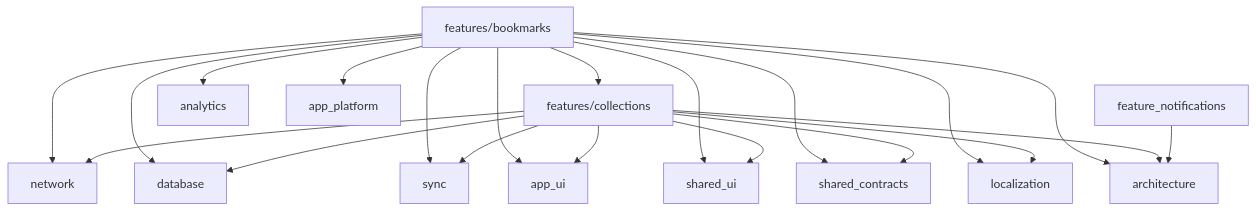
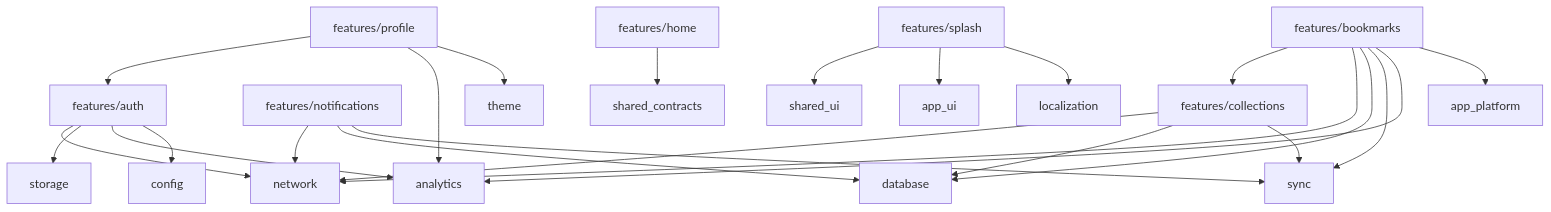
Before and after one commit to kido-luci/flutter-starter-template: the third of 4 diagrams in README.md, drawn with Mermaid. The commit also changed other lines of this file and 6 other files, not shown here.

````diff
--- a/README.md
+++ b/README.md
@@ -226,13 +233,21 @@
 ```mermaid
 graph TD
+  auth["features/auth"]
+  splash["features/splash"]
+  home["features/home"]
+  profile["features/profile"]
+  notifications["features/notifications"]
   bookmarks["features/bookmarks"]
   collections["features/collections"]
-  feature_notifications["feature_notifications"]
 
+  profile --> auth
   bookmarks --> collections
-  bookmarks --> network & database & sync & analytics & app_platform & app_ui
-  bookmarks --> shared_ui & shared_contracts & localization & architecture
-  collections --> network & database & sync & app_ui
-  collections --> shared_ui & shared_contracts & localization & architecture
-  feature_notifications --> architecture
+
+  auth --> network & storage & analytics & config
+  bookmarks --> network & database & sync & analytics & app_platform
+  collections --> network & database & sync
+  notifications --> network & database & sync
+  home --> shared_contracts
+  profile --> analytics & theme
+  splash --> shared_ui & app_ui & localization
 ```
````
